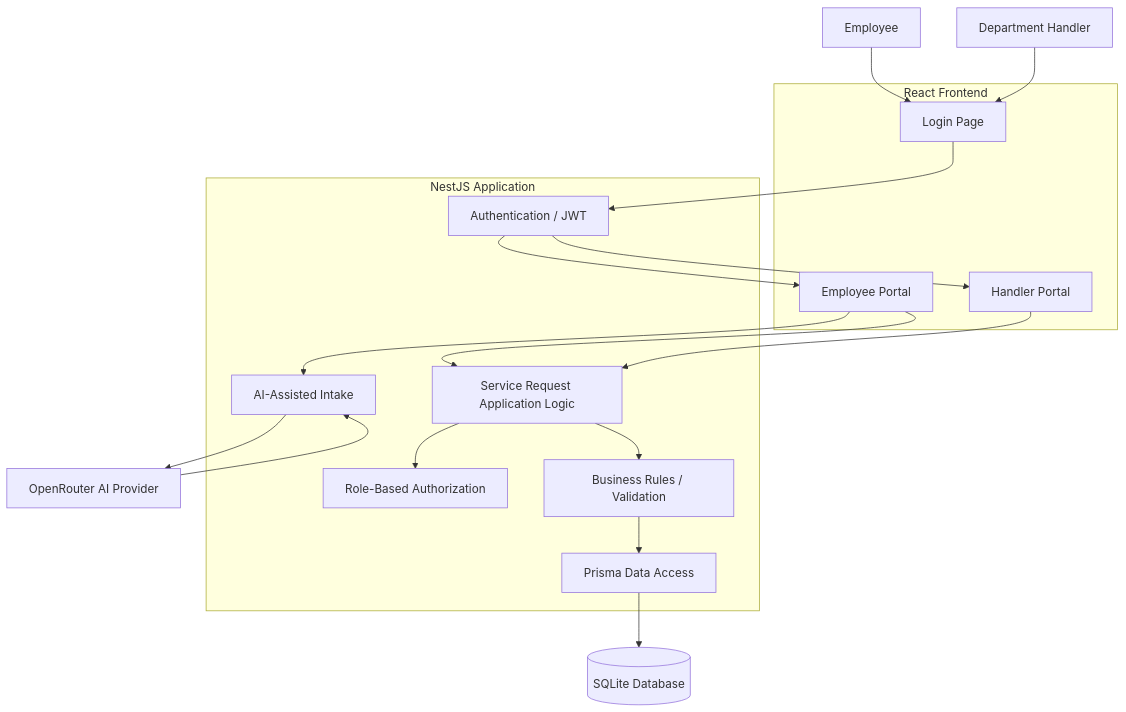
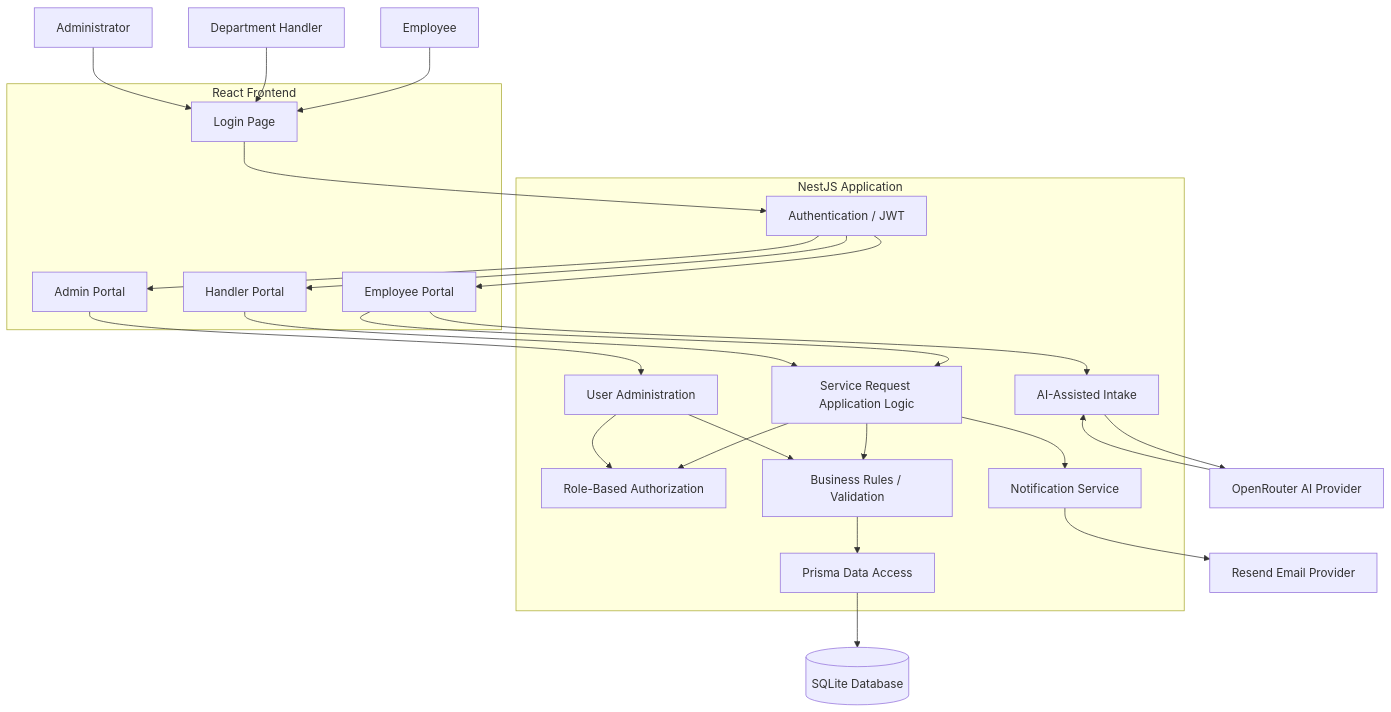
One commit to jihadyaghi/project_Eurisko_Academy changed the diagram in docs/architecture.md. Above: the diagram before and after it, drawn with Mermaid. The commit also changed other lines of this file and 6 other files, not shown here.

````diff
--- a/docs/architecture.md
+++ b/docs/architecture.md
@@ -114,34 +187,58 @@
 ```mermaid
 flowchart TD
     Employee["Employee"]
     Handler["Department Handler"]
+    Admin["Administrator"]
+
     subgraph Frontend["React Frontend"]
         Login["Login Page"]
         EmployeePortal["Employee Portal"]
         HandlerPortal["Handler Portal"]
+        AdminPortal["Admin Portal"]
     end
+
     subgraph Backend["NestJS Application"]
         Auth["Authentication / JWT"]
         RBAC["Role-Based Authorization"]
         Intake["AI-Assisted Intake"]
         Requests["Service Request Application Logic"]
+        AdminLogic["User Administration"]
+        Notifications["Notification Service"]
         Rules["Business Rules / Validation"]
         Prisma["Prisma Data Access"]
     end
+
     DB[("SQLite Database")]
     AI["OpenRouter AI Provider"]
+    Email["Resend Email Provider"]
+
     Employee --> Login
     Handler --> Login
+    Admin --> Login
+
     Login --> Auth
+
     Auth --> EmployeePortal
     Auth --> HandlerPortal
+    Auth --> AdminPortal
+
     EmployeePortal --> Intake
     Intake --> AI
     AI --> Intake
+
     EmployeePortal --> Requests
     HandlerPortal --> Requests
+    AdminPortal --> AdminLogic
+
     Requests --> RBAC
+    AdminLogic --> RBAC
+
     Requests --> Rules
+    AdminLogic --> Rules
+
     Rules --> Prisma
     Prisma --> DB
+
+    Requests --> Notifications
+    Notifications --> Email
 ```
````
